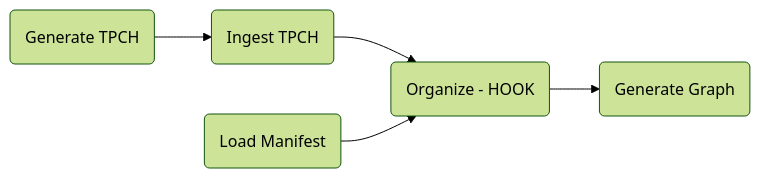
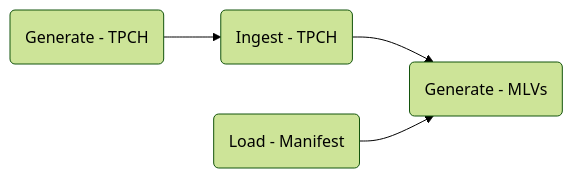
One commit to mattiasthalen/fabric_blueprint_modelling changed the first of 2 diagrams in README.md. Above: the diagram before and after it, drawn with Mermaid (forest theme). The commit also changed other lines of this file and 9 other files, not shown here.

````diff
--- a/README.md
+++ b/README.md
@@ -13,11 +14,10 @@
 ```mermaid
 flowchart LR
-    generate@{label: "Generate TPCH", shape: rounded}
-    ingest@{label: "Ingest TPCH", shape: rounded}
-    manifest@{label: "Load Manifest", shape: rounded}
-    organize@{label: "Organize - HOOK", shape: rounded}
-    pgraph@{label: "Generate Graph", shape: rounded}
+  generate@{label: "Generate - TPCH", shape: rounded}
+  ingest@{label: "Ingest - TPCH", shape: rounded}
+  manifest@{label: "Load - Manifest", shape: rounded}
+  mlvs@{label: "Generate - MLVs", shape: rounded}
 
-    generate --> ingest
-    ingest & manifest --> organize --> pgraph
+  generate --> ingest
+  ingest & manifest --> mlvs
 ```
````
